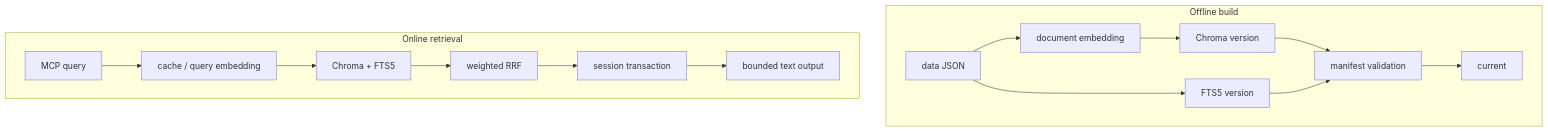
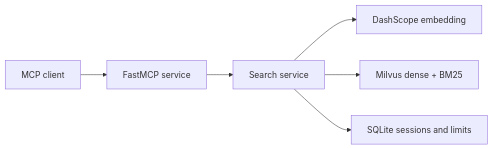
Before and after one commit to keta1930/icml2026-mcp: the diagram in docs/content/docs/en/concepts/architecture.mdx, drawn with Mermaid. The commit also changed other lines of this file and 136 other files, not shown here.

Commit message:
refactor(search): adopt Milvus and modularize the service

````diff
--- a/docs/content/docs/en/concepts/architecture.mdx
+++ b/docs/content/docs/en/concepts/architecture.mdx
@@ -19,18 +6,8 @@
 ```mermaid
-flowchart TB
-    subgraph Build[Offline build]
-      A[data JSON] --> B[document embedding]
-      B --> C[Chroma version]
-      A --> D[FTS5 version]
-      C --> E[manifest validation]
-      D --> E
-      E --> F[current]
-    end
-    subgraph Query[Online retrieval]
-      G[MCP query] --> H[cache / query embedding]
-      H --> I[Chroma + FTS5]
-      I --> J[weighted RRF]
-      J --> K[session transaction]
-      K --> L[bounded text output]
-    end
+flowchart LR
+    A[MCP client] --> B[FastMCP service]
+    B --> C[Search service]
+    C --> D[DashScope embedding]
+    C --> E[Milvus dense + BM25]
+    C --> F[SQLite sessions and limits]
 ```
````
